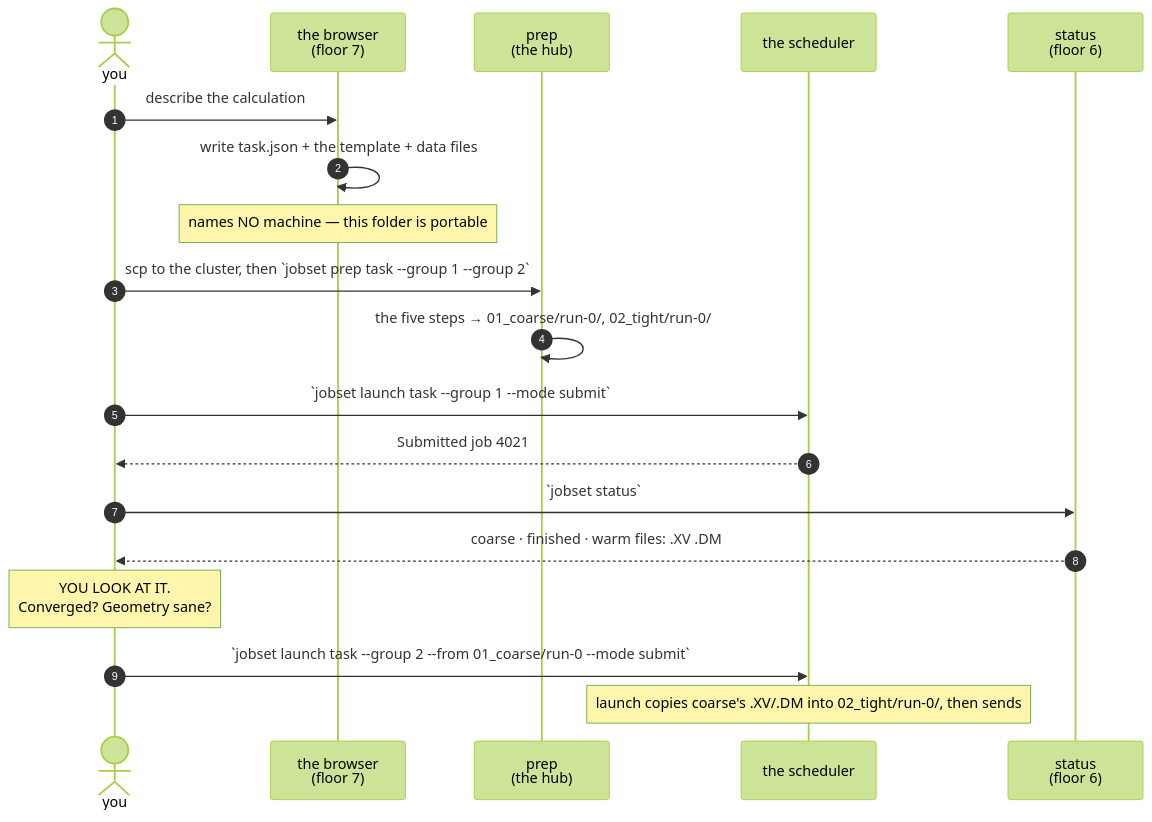
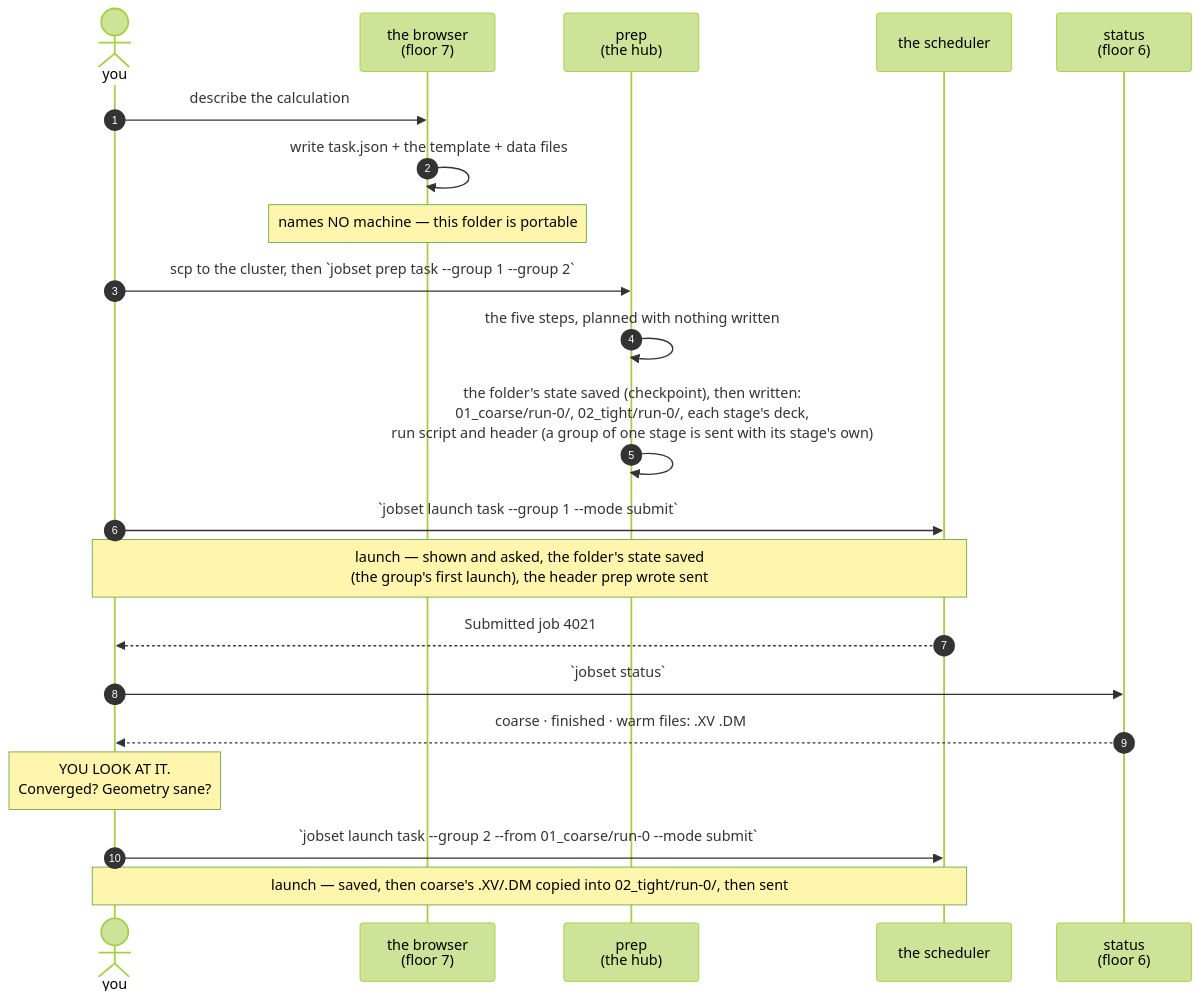
One commit to Qing-LAB/molbuilder changed the seventh of 10 diagrams in docs/execution/architecture.md. Above: the diagram before and after it, drawn with Mermaid (forest theme). The commit also changed other lines of this file and 54 other files, not shown here.

````diff
--- a/docs/execution/architecture.md
+++ b/docs/execution/architecture.md
@@ -895,22 +910,24 @@
 ```mermaid
 sequenceDiagram
     autonumber
     actor U as you
     participant B as the browser<br/>(floor 7)
     participant P as prep<br/>(the hub)
     participant S as the scheduler
     participant O as status<br/>(floor 6)
 
     U->>B: describe the calculation
     B->>B: write task.json + the template + data files
     Note over B: names NO machine — this folder is portable
     U->>P: scp to the cluster, then `jobset prep task --group 1 --group 2`
-    P->>P: the five steps → 01_coarse/run-0/, 02_tight/run-0/
+    P->>P: the five steps, planned with nothing written
+    P->>P: the folder's state saved (checkpoint), then written:<br/>01_coarse/run-0/, 02_tight/run-0/, each stage's deck,<br/>run script and header (a group of one stage is sent with its stage's own)
     U->>S: `jobset launch task --group 1 --mode submit`
+    Note over U,S: launch — shown and asked, the folder's state saved<br/>(the group's first launch), the header prep wrote sent
     S-->>U: Submitted job 4021
     U->>O: `jobset status`
     O-->>U: coarse · finished · warm files: .XV .DM
     Note over U: YOU LOOK AT IT.<br/>Converged? Geometry sane?
     U->>S: `jobset launch task --group 2 --from 01_coarse/run-0 --mode submit`
-    Note over S: launch copies coarse's .XV/.DM into 02_tight/run-0/, then sends
+    Note over U,S: launch — saved, then coarse's .XV/.DM copied into 02_tight/run-0/, then sent
 ```
````
